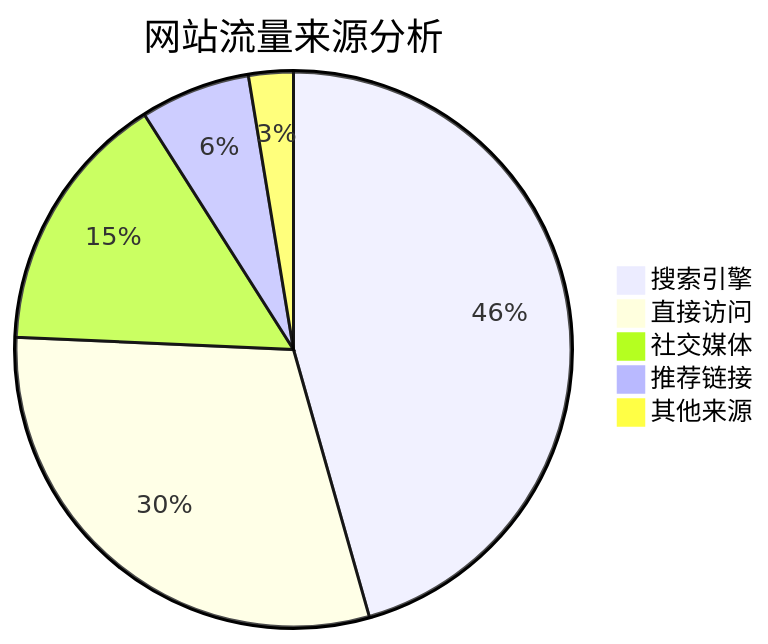
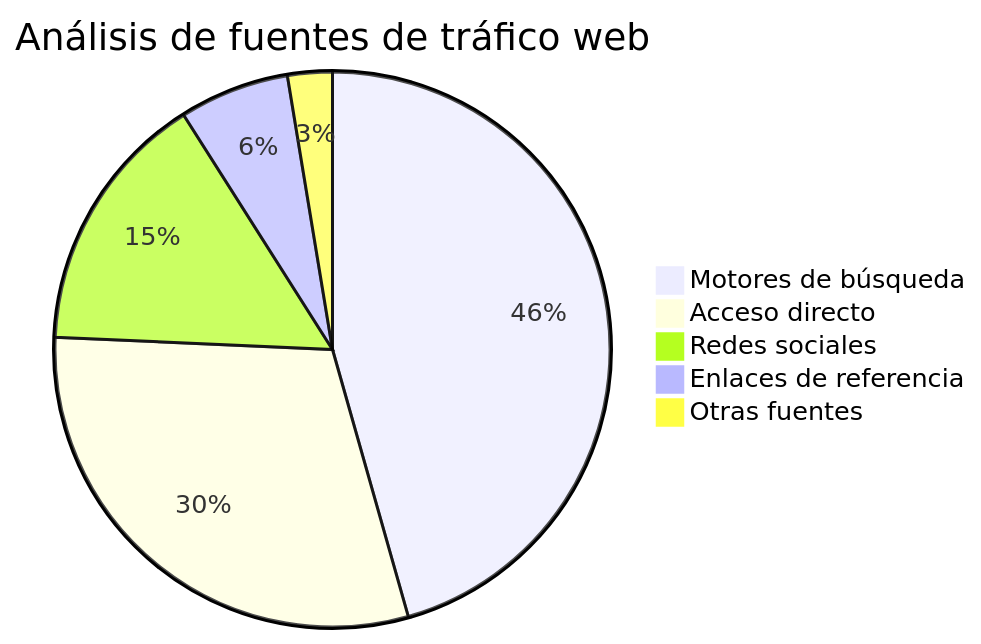
One commit to nefDevelop/astro-blogobs changed the sixth of 6 diagrams in src/content/posts/markdown-mermaid.md. Above: the diagram before and after it, drawn with Mermaid. The commit also changed other lines of this file and 14 other files, not shown here.

````diff
--- a/src/content/posts/markdown-mermaid.md
+++ b/src/content/posts/markdown-mermaid.md
@@ -177,8 +174,8 @@
 ```mermaid
-pie title 网站流量来源分析
-    "搜索引擎" : 45.6
-    "直接访问" : 30.1
-    "社交媒体" : 15.3
-    "推荐链接" : 6.4
-    "其他来源" : 2.6
+pie title Análisis de fuentes de tráfico web
+    "Motores de búsqueda" : 45.6
+    "Acceso directo" : 30.1
+    "Redes sociales" : 15.3
+    "Enlaces de referencia" : 6.4
+    "Otras fuentes" : 2.6
 ```
````
